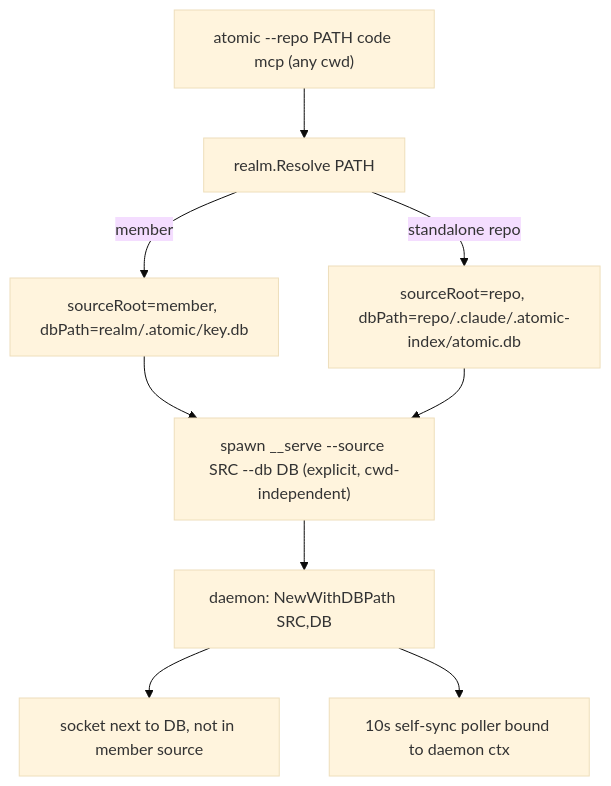
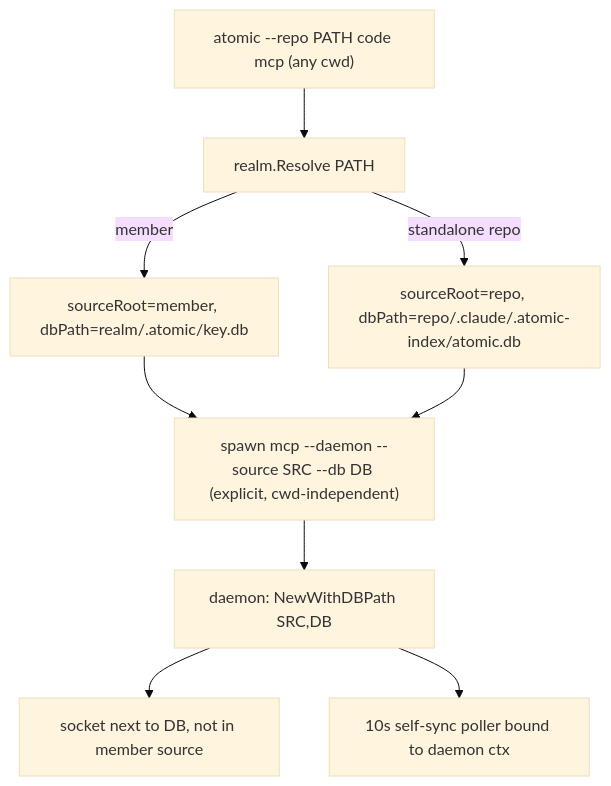
Before and after one commit to damusix/atomic-claude: the diagram in docs/design/code-mcp-per-repo.md, drawn with Mermaid (base theme). The commit also changed other lines of this file and 10 other files, not shown here.

First line of the commit message:
fix(code): replace __serve verb with mcp --daemon flag

````diff
--- a/docs/design/code-mcp-per-repo.md
+++ b/docs/design/code-mcp-per-repo.md
@@ -56,11 +56,11 @@
 ```mermaid
 flowchart TD
   P["atomic --repo PATH code mcp (any cwd)"] --> R[realm.Resolve PATH]
   R -->|member| D1[sourceRoot=member, dbPath=realm/.atomic/key.db]
   R -->|standalone repo| D2[sourceRoot=repo, dbPath=repo/.claude/.atomic-index/atomic.db]
-  D1 --> S["spawn __serve --source SRC --db DB (explicit, cwd-independent)"]
+  D1 --> S["spawn mcp --daemon --source SRC --db DB (explicit, cwd-independent)"]
   D2 --> S
   S --> DA[daemon: NewWithDBPath SRC,DB]
   DA --> SK[socket next to DB, not in member source]
   DA --> W[10s self-sync poller bound to daemon ctx]
 ```
````
